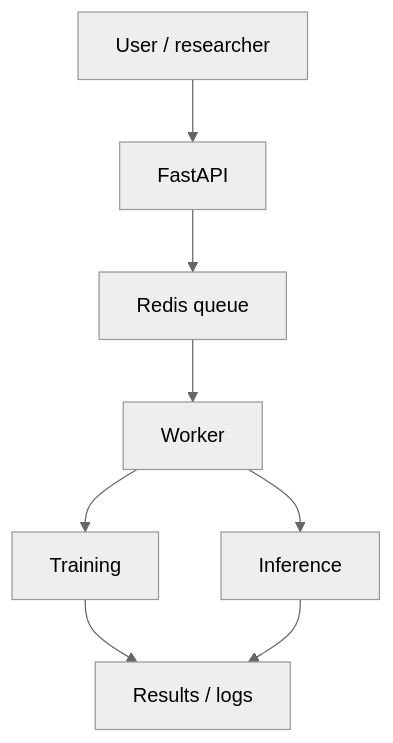
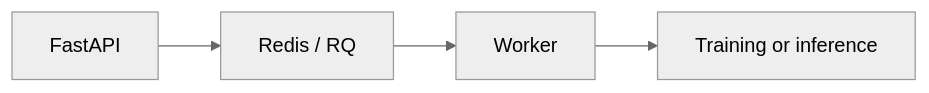
One commit to hassanisaq97-blip/medical-imaging-research-pipeline changed the second of 2 diagrams in README.md. Above: the diagram before and after it, drawn with Mermaid (neutral theme). The commit also changed other lines of this file and 4 other files, not shown here.

````diff
--- a/README.md
+++ b/README.md
@@ -69,10 +32,6 @@
 ```mermaid
-flowchart TD
-    U[User / researcher] --> API[FastAPI]
-    API --> Q[Redis queue]
-    Q --> W[Worker]
-    W --> T[Training]
-    W --> INF[Inference]
-    T --> R[Results / logs]
-    INF --> R
+flowchart LR
+    I[FastAPI] --> J[Redis / RQ]
+    J --> K[Worker]
+    K --> L[Training or inference]
 ```
````
